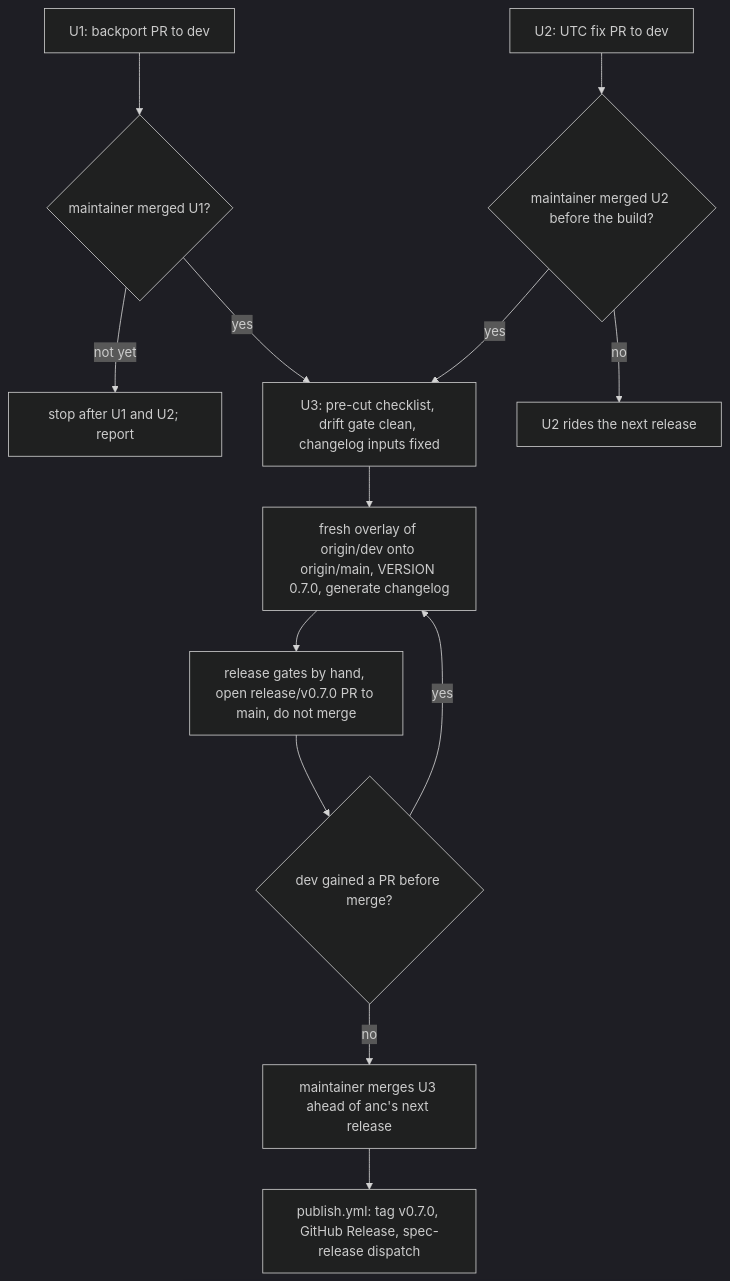
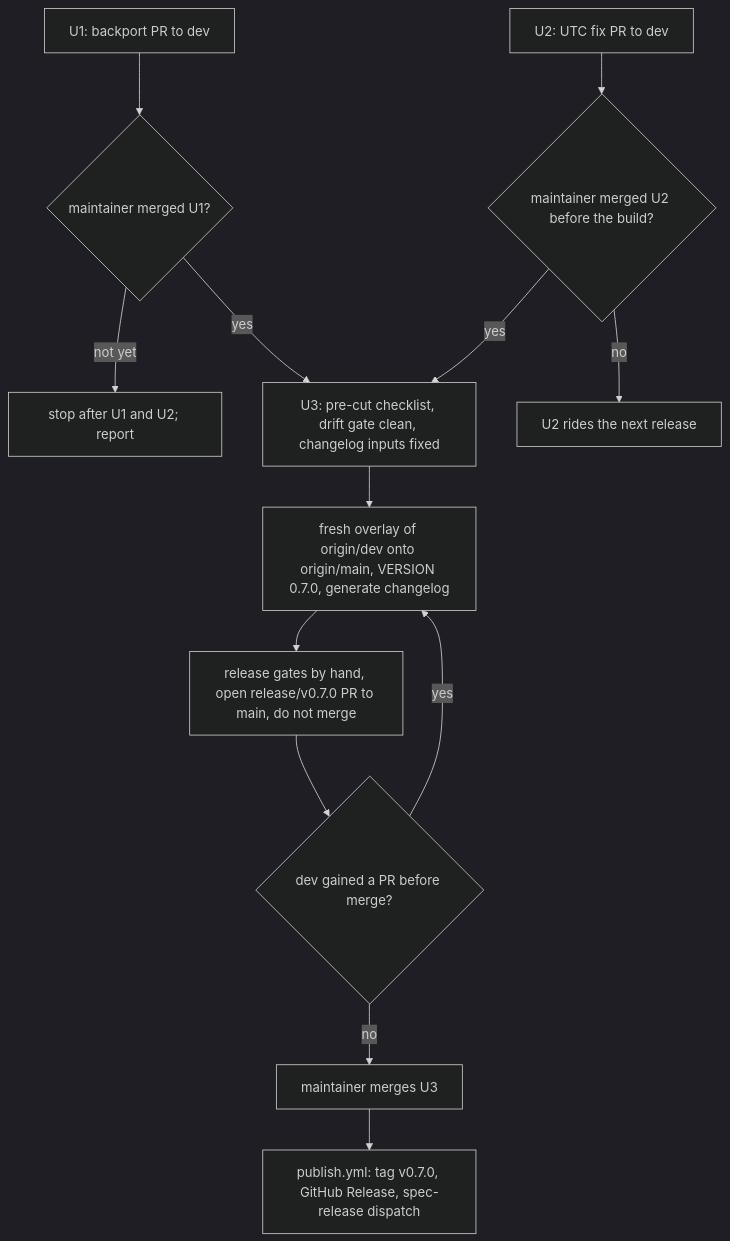
One commit to brettdavies/agentnative changed the diagram in docs/plans/2026-10-06-1557-fix-spec-v0.7.0-release-plan.md. Above: the diagram before and after it, drawn with Mermaid (dark theme). The commit also changed other lines of this file and 2 other files, not shown here.

````diff
--- a/docs/plans/2026-10-06-1557-fix-spec-v0.7.0-release-plan.md
+++ b/docs/plans/2026-10-06-1557-fix-spec-v0.7.0-release-plan.md
@@ -172,15 +173,15 @@
 ```mermaid
 flowchart TB
   A[U1: backport PR to dev] --> M1{maintainer merged U1?}
   B[U2: UTC fix PR to dev] --> M2{maintainer merged U2 before the build?}
   M1 -->|not yet| W[stop after U1 and U2; report]
   M1 -->|yes| C[U3: pre-cut checklist, drift gate clean, changelog inputs fixed]
   M2 -->|yes| C
   M2 -->|no| N[U2 rides the next release]
   C --> D[fresh overlay of origin/dev onto origin/main, VERSION 0.7.0, generate changelog]
   D --> E[release gates by hand, open release/v0.7.0 PR to main, do not merge]
   E --> F{dev gained a PR before merge?}
   F -->|yes| D
-  F -->|no| G[maintainer merges U3 ahead of anc's next release]
+  F -->|no| G[maintainer merges U3]
   G --> H[publish.yml: tag v0.7.0, GitHub Release, spec-release dispatch]
 ```
````
